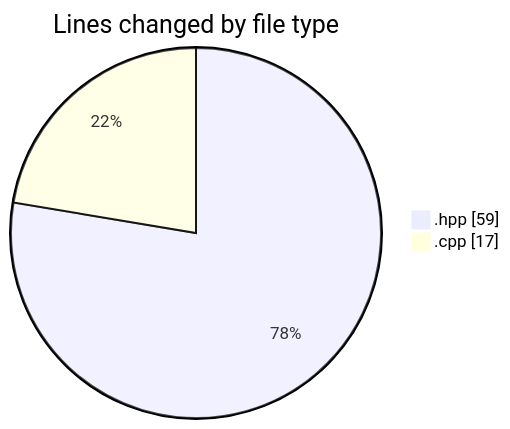
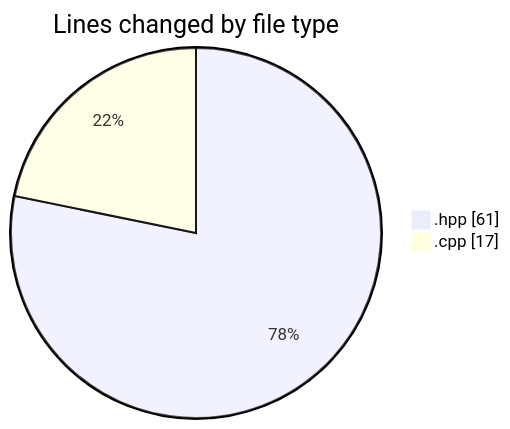
One commit to Netris89/code-tracking changed the first of 2 diagrams in 2025-05-02/date/README.md. Above: the diagram before and after it, drawn with Mermaid. The commit also changed other lines of this file and 1 other file, not shown here.

````diff
--- a/2025-05-02/date/README.md
+++ b/2025-05-02/date/README.md
@@ -21,6 +21,6 @@
 ```mermaid
 pie showData
 title Lines changed by file type
-".hpp" : 59
+".hpp" : 61
 ".cpp" : 17
 ```
````
